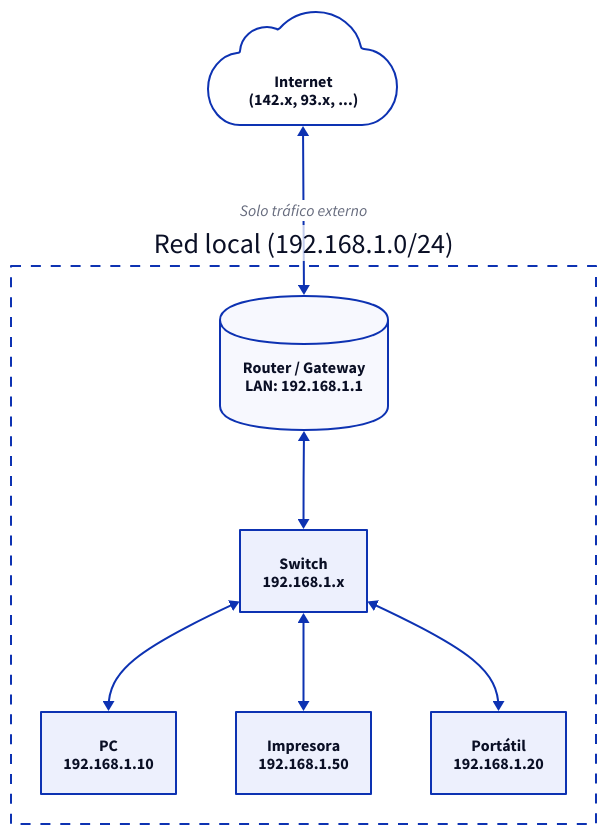
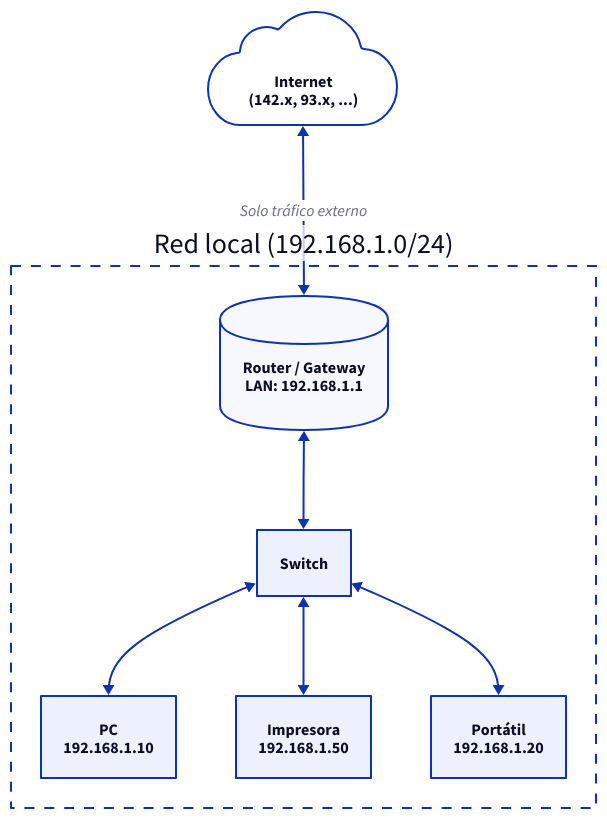
The diagram in src/content/docs/ut5/ut52b-gateway.mdx (docs-class/si), drawn with D2 before and after one commit. The commit also changed other lines of this file and 2 other files, not shown here.

Commit message:
Refactor code structure for improved readability and maintainability

````diff
--- a/src/content/docs/ut5/ut52b-gateway.mdx
+++ b/src/content/docs/ut5/ut52b-gateway.mdx
@@ -44,31 +44,31 @@
 ```d2
 direction: up
 
 internet: Internet\n(142.x, 93.x, ...) {
   shape: cloud
 }
 
 red_local: Red local (192.168.1.0/24) {
   style.fill: transparent
   style.stroke-dash: 5
   
   pc: PC\n192.168.1.10
   impresora: Impresora\n192.168.1.50
   portatil: Portátil\n192.168.1.20
   
-  switch: Switch\n192.168.1.x {
+  switch: Switch {
     shape: rectangle
   }
   
   router: Router / Gateway\nLAN: 192.168.1.1 {
     shape: cylinder
   }
 
   pc <-> switch
   impresora <-> switch
   portatil <-> switch
   switch <-> router
 }
 
 red_local.router <-> internet: Solo tráfico externo
 ```
````
